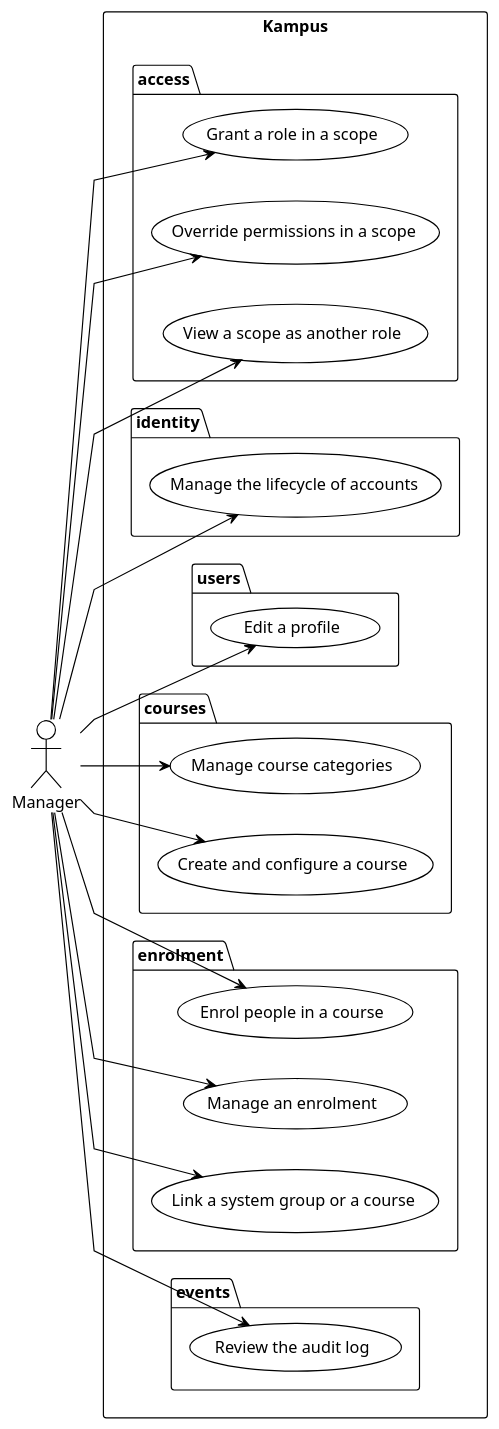
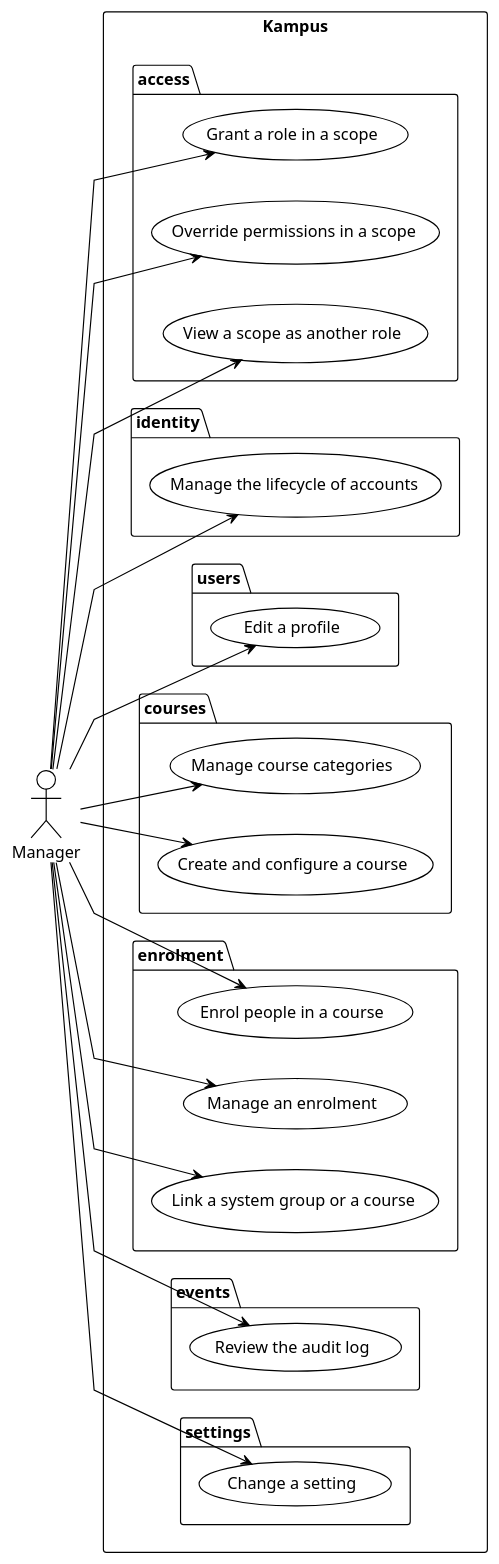
Before and after one commit to didactika/kampus: the diagram in docs/01-requirements/use-cases-manager.puml, drawn with PlantUML. The commit also changed 165 other files, not shown here.

```diff
--- a/docs/01-requirements/use-cases-manager.puml
+++ b/docs/01-requirements/use-cases-manager.puml
@@ -1,46 +1,50 @@
 @startuml
 !theme plain
 skinparam linetype polyline
 left to right direction
 
 actor "Manager" as A_Manager
 
 rectangle "Kampus" {
   package "access" {
     usecase "Grant a role in a scope" as UC_grantRole
     usecase "Override permissions in a scope" as UC_overridePermission
     usecase "View a scope as another role" as UC_viewAsRole
   }
   package "identity" {
     usecase "Manage the lifecycle of accounts" as UC_manageAccountLifecycle
   }
   package "users" {
     usecase "Edit a profile" as UC_editProfile
   }
   package "courses" {
     usecase "Manage course categories" as UC_manageCategories
     usecase "Create and configure a course" as UC_createCourse
   }
   package "enrolment" {
     usecase "Enrol people in a course" as UC_enrolPeople
     usecase "Manage an enrolment" as UC_manageEnrolment
     usecase "Link a system group or a course" as UC_linkEnrolmentSource
   }
   package "events" {
     usecase "Review the audit log" as UC_reviewAuditLog
   }
+  package "settings" {
+    usecase "Change a setting" as UC_changeSetting
+  }
 }
 
 A_Manager --> UC_grantRole
 A_Manager --> UC_overridePermission
 A_Manager --> UC_viewAsRole
 A_Manager --> UC_manageAccountLifecycle
 A_Manager --> UC_editProfile
 A_Manager --> UC_manageCategories
 A_Manager --> UC_createCourse
 A_Manager --> UC_enrolPeople
 A_Manager --> UC_manageEnrolment
 A_Manager --> UC_linkEnrolmentSource
 A_Manager --> UC_reviewAuditLog
+A_Manager --> UC_changeSetting
 
 @enduml
```
